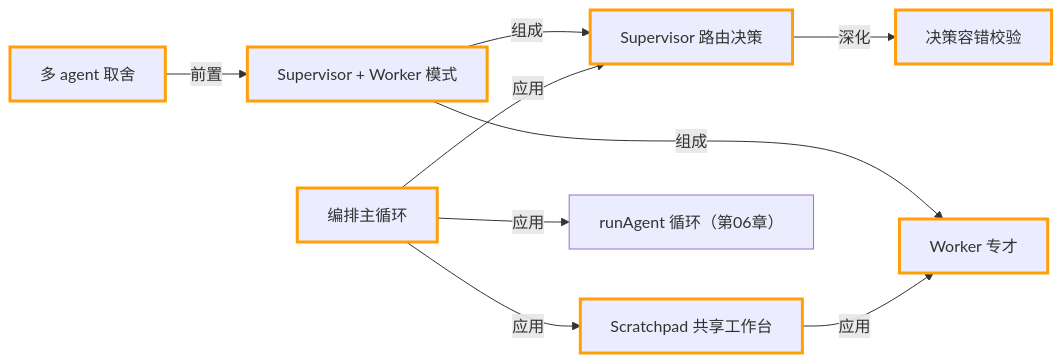
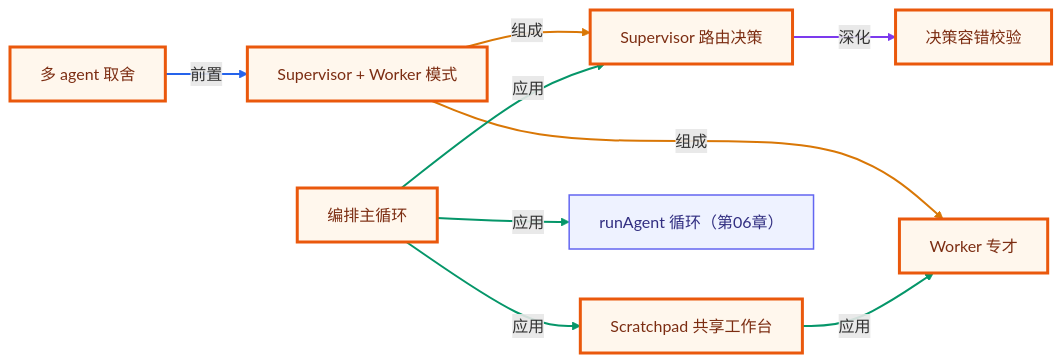
The second of 2 diagrams in lessons/11-multi-agent-orchestration/README.md (songuu/agent), drawn with Mermaid before and after one commit. The commit also changed other lines of this file and 72 other files, not shown here.

````diff
--- a/lessons/11-multi-agent-orchestration/README.md
+++ b/lessons/11-multi-agent-orchestration/README.md
@@ -224,26 +226,31 @@
 ```mermaid
 graph LR
+  classDef own fill:#fff7ed,stroke:#ea580c,stroke-width:3px,color:#7c2d12;
+  classDef cross fill:#eef2ff,stroke:#6366f1,stroke-width:1.5px,color:#312e81;
   n_c11_supervisor_worker["Supervisor + Worker 模式"]
   n_c11_supervisor_routing["Supervisor 路由决策"]
   n_c11_worker_specialist["Worker 专才"]
   n_c11_scratchpad["Scratchpad 共享工作台"]
   n_c11_orchestration_loop["编排主循环"]
   n_c11_cost_tradeoff["多 agent 取舍"]
   n_c11_decision_validation["决策容错校验"]
   n_c06_run_agent_loop["runAgent 循环（第06章）"]
   n_c11_supervisor_worker -->|组成| n_c11_supervisor_routing
   n_c11_supervisor_worker -->|组成| n_c11_worker_specialist
   n_c11_supervisor_routing -->|深化| n_c11_decision_validation
   n_c11_orchestration_loop -->|应用| n_c11_supervisor_routing
   n_c11_orchestration_loop -->|应用| n_c11_scratchpad
   n_c11_scratchpad -->|应用| n_c11_worker_specialist
   n_c11_cost_tradeoff -->|前置| n_c11_supervisor_worker
   n_c11_orchestration_loop -->|应用| n_c06_run_agent_loop
-  style n_c11_supervisor_worker stroke:#ff9f0a,stroke-width:3px
-  style n_c11_supervisor_routing stroke:#ff9f0a,stroke-width:3px
-  style n_c11_worker_specialist stroke:#ff9f0a,stroke-width:3px
-  style n_c11_scratchpad stroke:#ff9f0a,stroke-width:3px
-  style n_c11_orchestration_loop stroke:#ff9f0a,stroke-width:3px
-  style n_c11_cost_tradeoff stroke:#ff9f0a,stroke-width:3px
-  style n_c11_decision_validation stroke:#ff9f0a,stroke-width:3px
+  class n_c11_supervisor_worker,n_c11_supervisor_routing,n_c11_worker_specialist,n_c11_scratchpad,n_c11_orchestration_loop,n_c11_cost_tradeoff,n_c11_decision_validation own;
+  class n_c06_run_agent_loop cross;
+  linkStyle 0 stroke:#d97706,stroke-width:2px;
+  linkStyle 1 stroke:#d97706,stroke-width:2px;
+  linkStyle 2 stroke:#7c3aed,stroke-width:2px;
+  linkStyle 3 stroke:#059669,stroke-width:2px;
+  linkStyle 4 stroke:#059669,stroke-width:2px;
+  linkStyle 5 stroke:#059669,stroke-width:2px;
+  linkStyle 6 stroke:#2563eb,stroke-width:2px;
+  linkStyle 7 stroke:#059669,stroke-width:2px;
 ```
````
